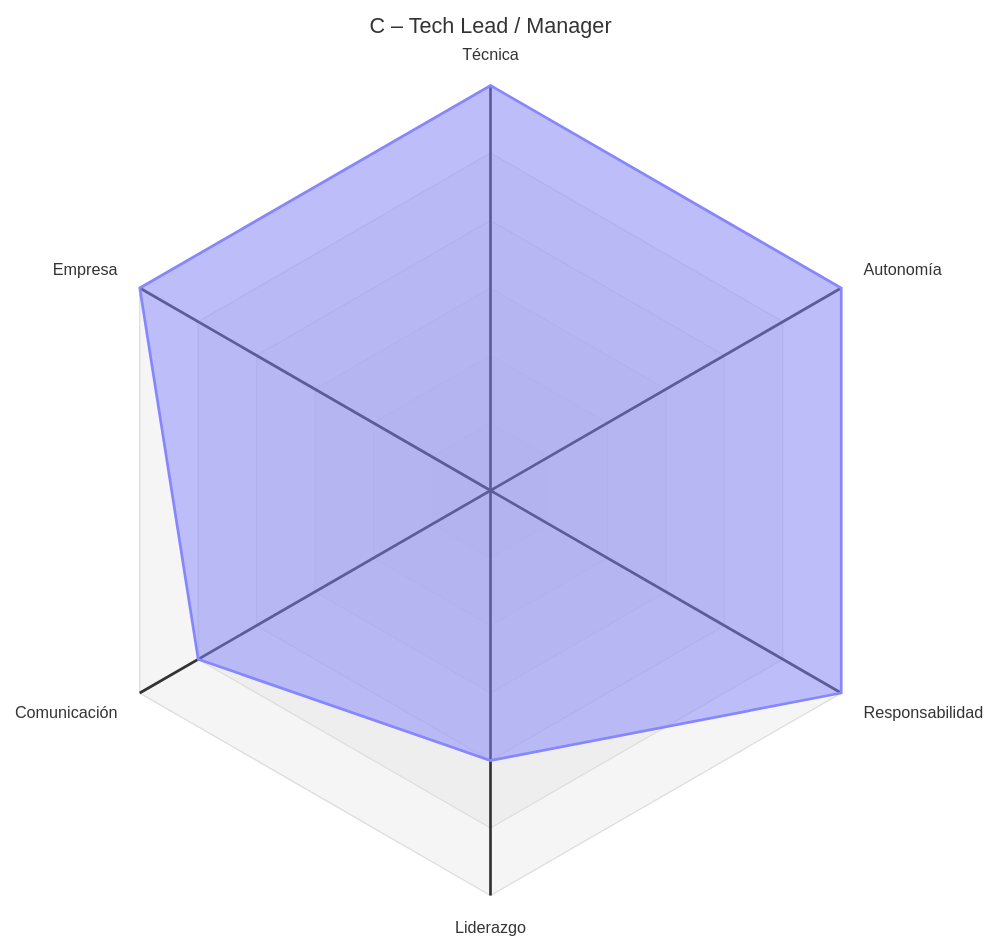
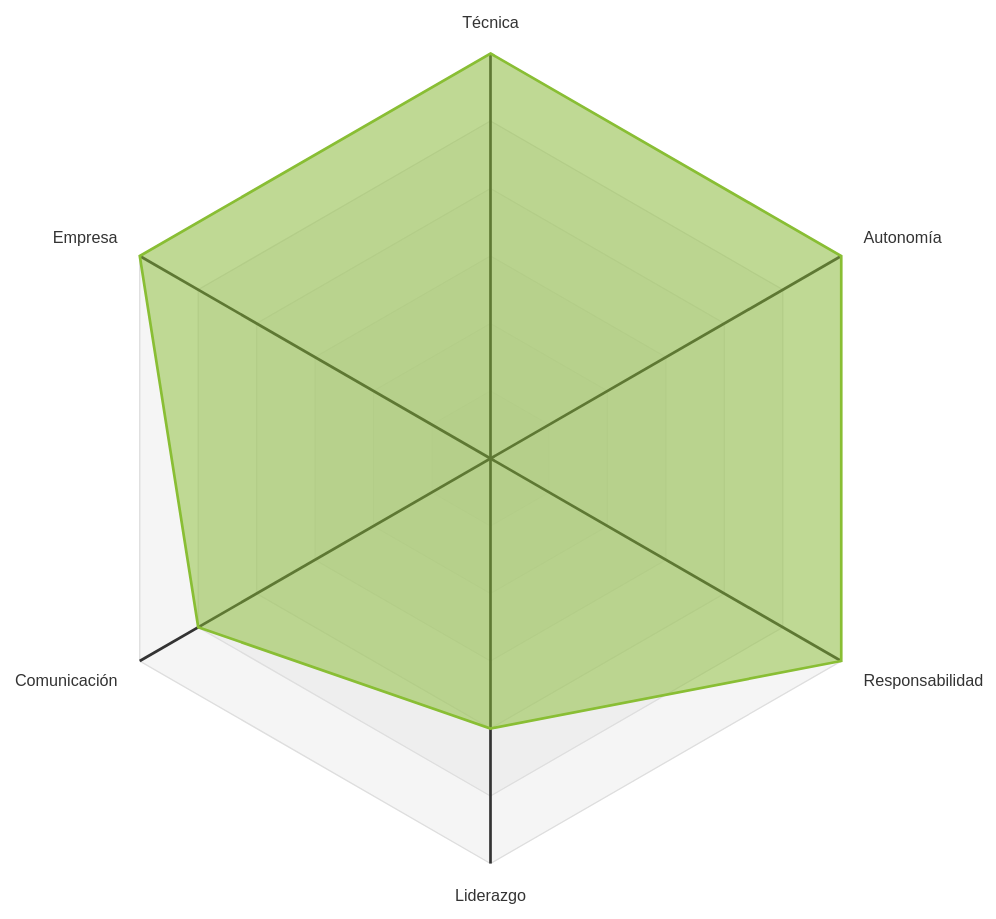
Before and after one commit to javigallego-tech/carrera-profesional-ti: the seventh of 9 diagrams in perfiles-por-nivel.md, drawn with Mermaid. The commit also changed other lines of this file and 1 other file, not shown here.

````diff
--- a/perfiles-por-nivel.md
+++ b/perfiles-por-nivel.md
@@ -107,13 +113,14 @@
 ```mermaid
 ---
-title: "C – Tech Lead / Manager"
+config:
+  themeVariables:
+    cScale0: "#89BE34"
 ---
 radar-beta
   axis t["Técnica"], a["Autonomía"], r["Responsabilidad"], l["Liderazgo"], c["Comunicación"], e["Empresa"]
   curve n["Mínimo"]{6, 6, 6, 4, 5, 6}
   max 6
-  min 0
   ticks 6
   graticule polygon
   showLegend false
 ```
````
